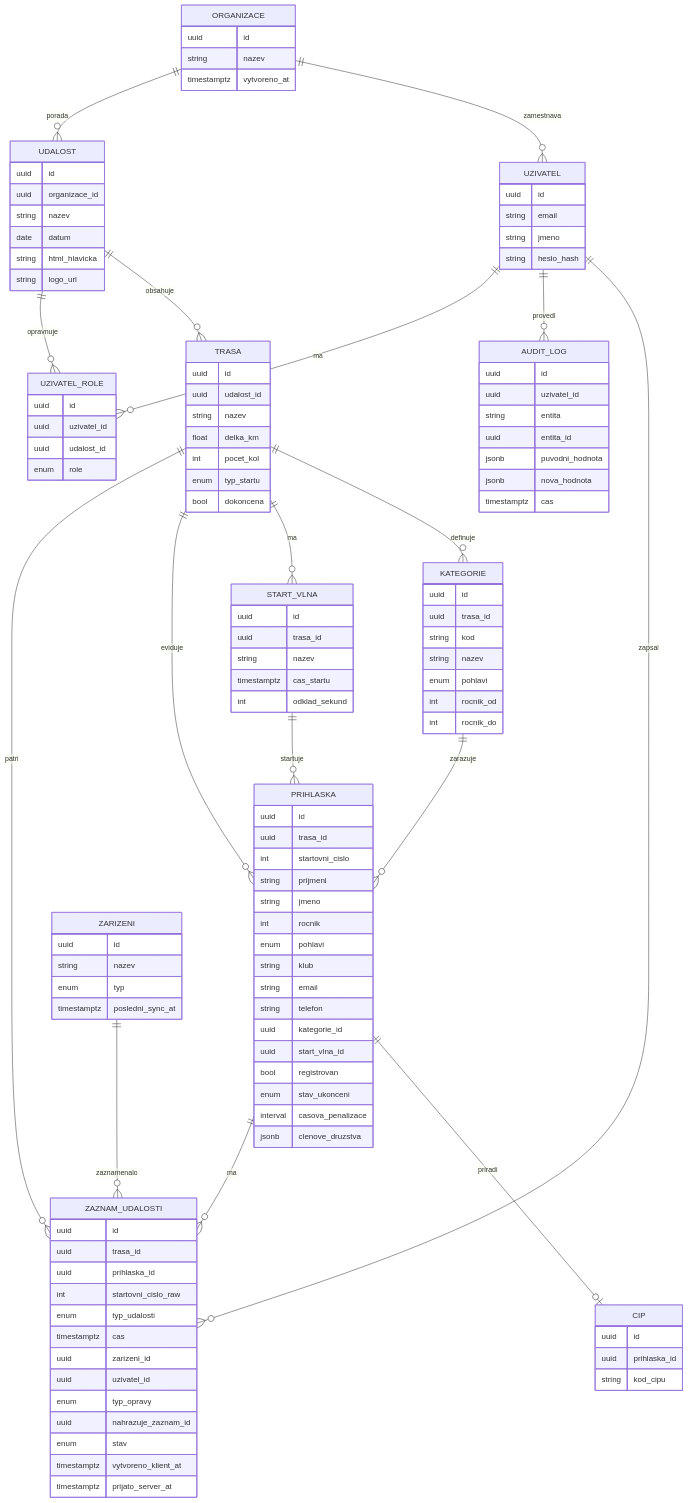
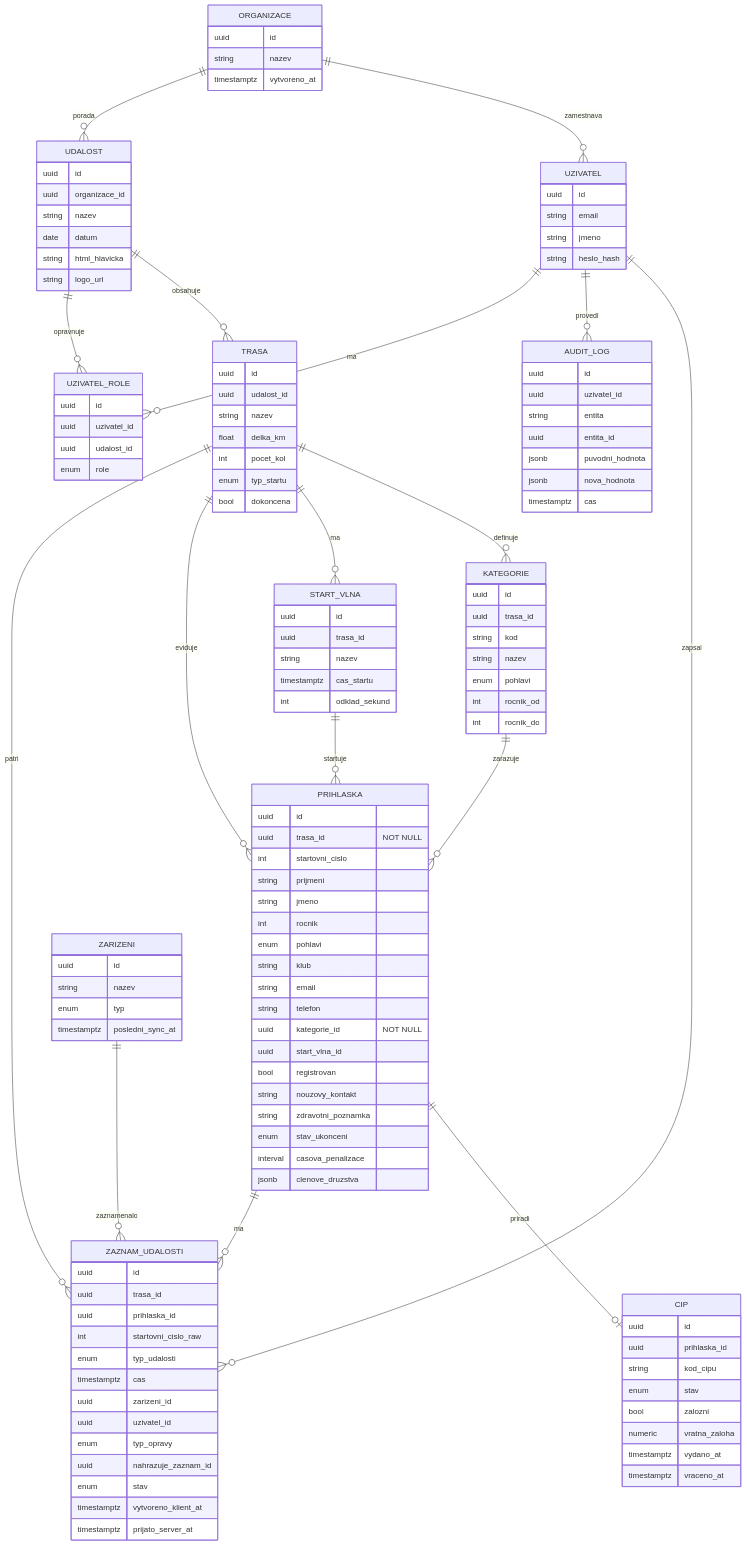
The diagram in docs/04-data-model.md (sklenyt/time-sys), drawn with Mermaid before and after one commit. The commit also changed other lines of this file and 21 other files, not shown here.

First line of the commit message:
Add RFID chip design and mandatory trasa/kategorie to registration

```diff
--- a/docs/04-data-model.md
+++ b/docs/04-data-model.md
@@ -63,7 +63,7 @@
     }
     PRIHLASKA {
         uuid id
-        uuid trasa_id
+        uuid trasa_id "NOT NULL"
         int startovni_cislo
         string prijmeni
         string jmeno
@@ -72,9 +72,11 @@
         string klub
         string email
         string telefon
-        uuid kategorie_id
+        uuid kategorie_id "NOT NULL"
         uuid start_vlna_id
         bool registrovan
+        string nouzovy_kontakt
+        string zdravotni_poznamka
         enum stav_ukonceni
         interval casova_penalizace
         jsonb clenove_druzstva
@@ -83,6 +85,11 @@
         uuid id
         uuid prihlaska_id
         string kod_cipu
+        enum stav
+        bool zalozni
+        numeric vratna_zaloha
+        timestamptz vydano_at
+        timestamptz vraceno_at
     }
     ZARIZENI {
         uuid id
```
